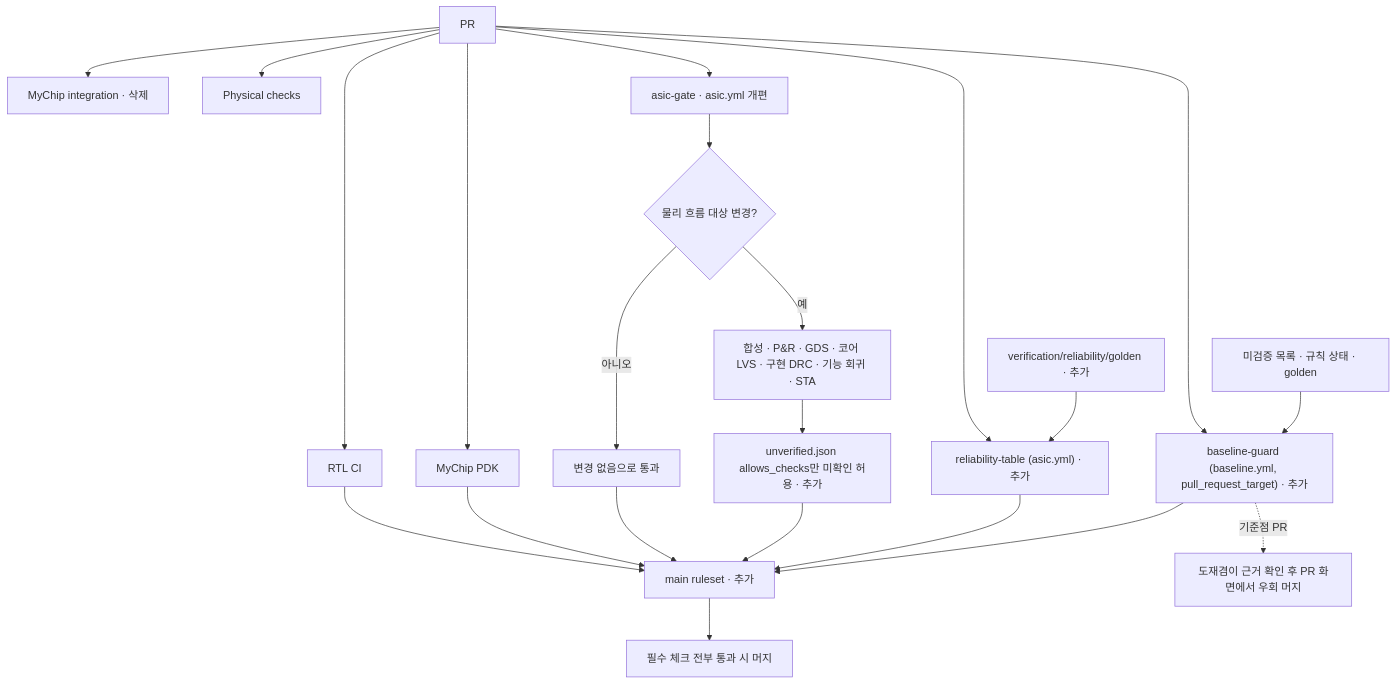
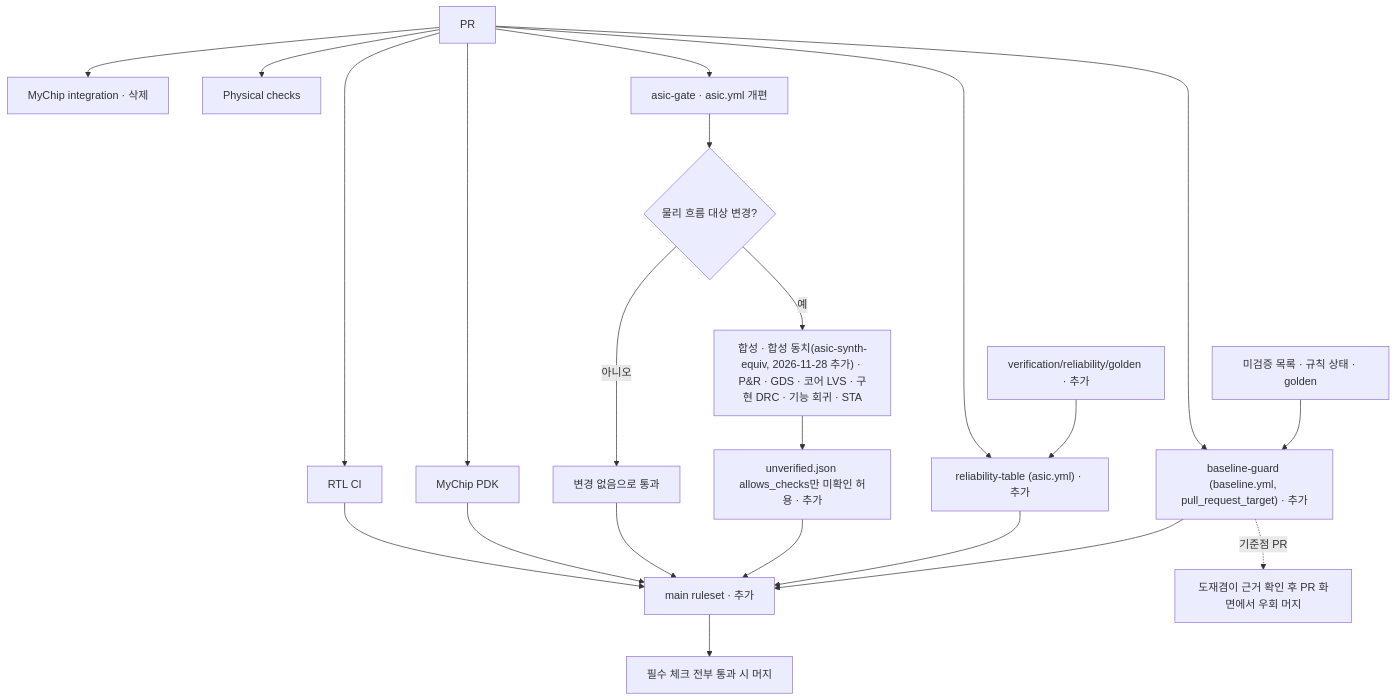
Before and after one commit to SNU-SSC-Lab/circuit-team-05: the third of 3 diagrams in docs/specs/0019-merge-gate.md, drawn with Mermaid. The commit also changed other lines of this file and 6 other files, not shown here.

````diff
--- a/docs/specs/0019-merge-gate.md
+++ b/docs/specs/0019-merge-gate.md
@@ -214,24 +214,24 @@
 ```mermaid
 flowchart TD
     PR["PR"] --> RTL["RTL CI"]
     PR --> PDK["MyChip PDK"]
     PR --> INT["MyChip integration · 삭제"]
     PR --> PHY["Physical checks"]
     PR --> ASIC["asic-gate · asic.yml 개편"]
     ASIC --> PATHS{"물리 흐름 대상 변경?"}
     PATHS -- 아니오 --> SKIP["변경 없음으로 통과"]
-    PATHS -- 예 --> FLOW["합성 · P&R · GDS · 코어 LVS · 구현 DRC · 기능 회귀 · STA"]
+    PATHS -- 예 --> FLOW["합성 · 합성 동치(asic-synth-equiv, 2026-11-28 추가) · P&R · GDS · 코어 LVS · 구현 DRC · 기능 회귀 · STA"]
     FLOW --> UNV["unverified.json allows_checks만 미확인 허용 · 추가"]
     PR --> REL["reliability-table (asic.yml) · 추가"]
     GOLD["verification/reliability/golden · 추가"] --> REL
     PR --> GUARD["baseline-guard (baseline.yml, pull_request_target) · 추가"]
     BASE["미검증 목록 · 규칙 상태 · golden"] --> GUARD
     RTL --> RULES["main ruleset · 추가"]
     PDK --> RULES
     SKIP --> RULES
     UNV --> RULES
     REL --> RULES
     GUARD --> RULES
     RULES --> MERGE["필수 체크 전부 통과 시 머지"]
     GUARD -. 기준점 PR .-> BYPASS["도재겸이 근거 확인 후 PR 화면에서 우회 머지"]
 ```
````
